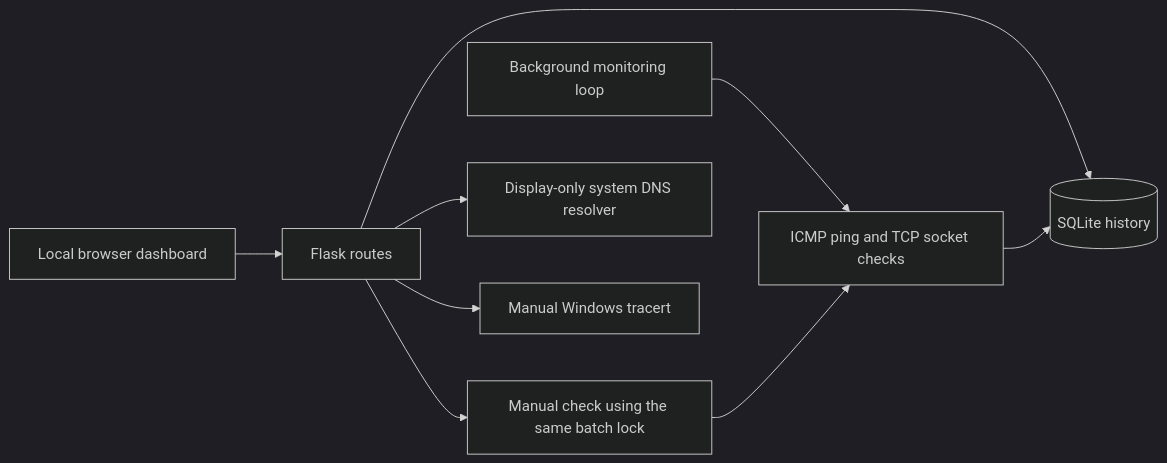
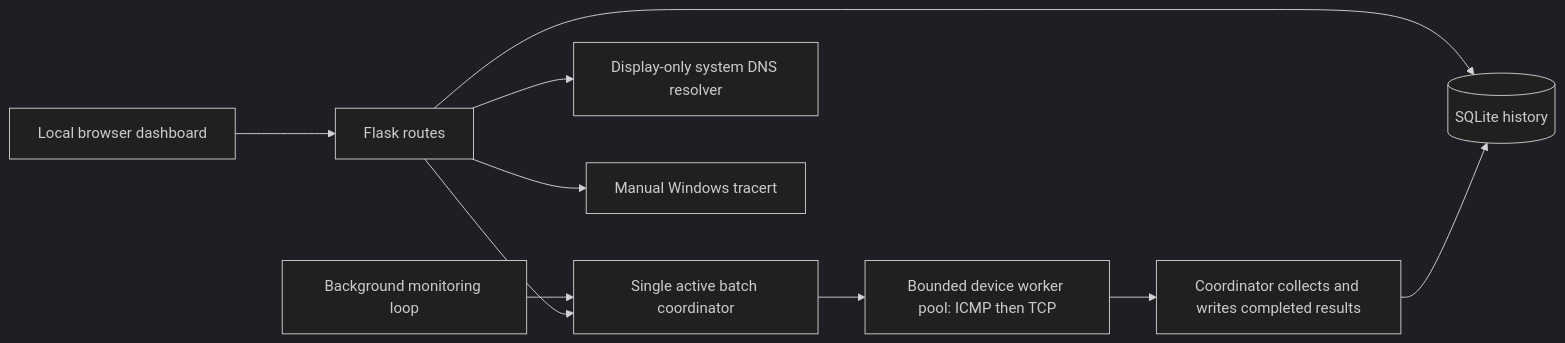
The diagram in README.md (sanadnawayseh/NetScope), drawn with Mermaid (dark theme) before and after one commit. The commit also changed other lines of this file and 19 other files, not shown here.

````diff
--- a/README.md
+++ b/README.md
@@ -42,11 +42,12 @@
 ```mermaid
 flowchart LR
     Browser[Local browser dashboard] --> API[Flask routes]
     API --> DB[(SQLite history)]
-    Worker[Background monitoring loop] --> Checks[ICMP ping and TCP socket checks]
-    Checks --> DB
-    API --> Manual[Manual check using the same batch lock]
-    Manual --> Checks
+    Worker[Background monitoring loop] --> Coordinator[Single active batch coordinator]
+    API --> Coordinator
+    Coordinator --> Checks[Bounded device worker pool: ICMP then TCP]
+    Checks --> Writer[Coordinator collects and writes completed results]
+    Writer --> DB
     API --> DNS[Display-only system DNS resolver]
     API --> Trace[Manual Windows tracert]
 ```
````
